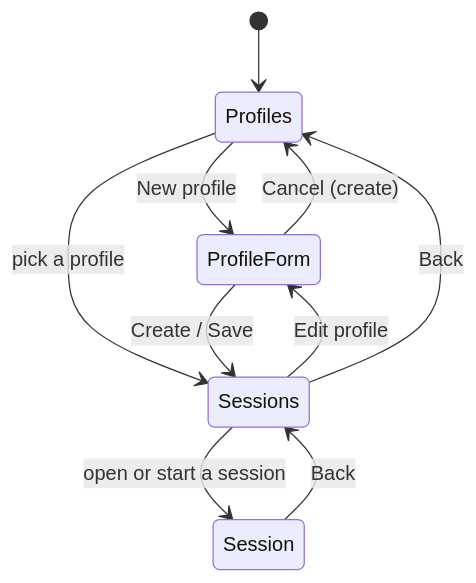
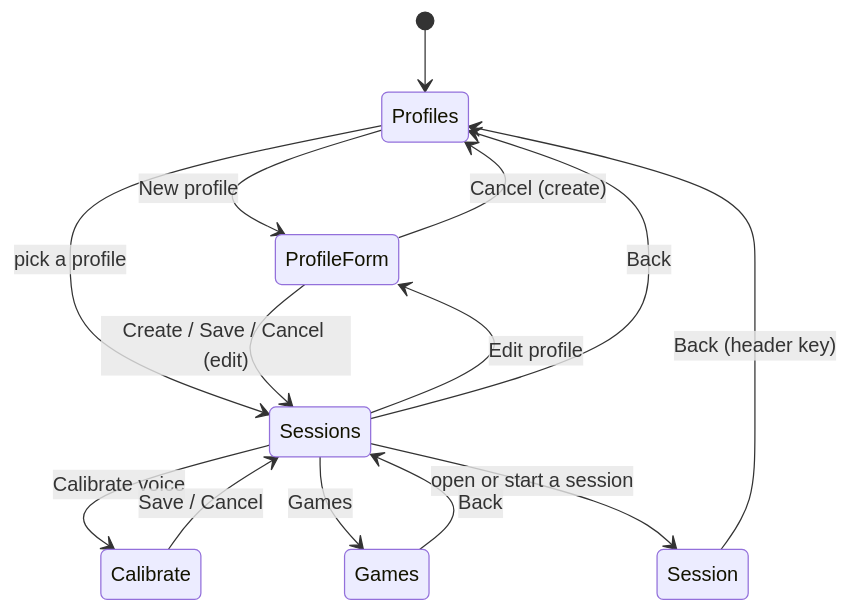
One commit to pipejesus/rondelek-twst-1 changed the second of 3 diagrams in docs/src/architecture.md. Above: the diagram before and after it, drawn with Mermaid. The commit also changed other lines of this file and 15 other files, not shown here.

````diff
--- a/docs/src/architecture.md
+++ b/docs/src/architecture.md
@@ -35,12 +61,16 @@
 ```mermaid
 stateDiagram-v2
     [*] --> Profiles
     Profiles --> ProfileForm: New profile
     Profiles --> Sessions: pick a profile
     ProfileForm --> Profiles: Cancel (create)
-    ProfileForm --> Sessions: Create / Save
+    ProfileForm --> Sessions: Create / Save / Cancel (edit)
     Sessions --> ProfileForm: Edit profile
+    Sessions --> Calibrate: Calibrate voice
+    Sessions --> Games: Games
     Sessions --> Session: open or start a session
     Sessions --> Profiles: Back
-    Session --> Sessions: Back
+    Calibrate --> Sessions: Save / Cancel
+    Games --> Sessions: Back
+    Session --> Profiles: Back (header key)
 ```
````
